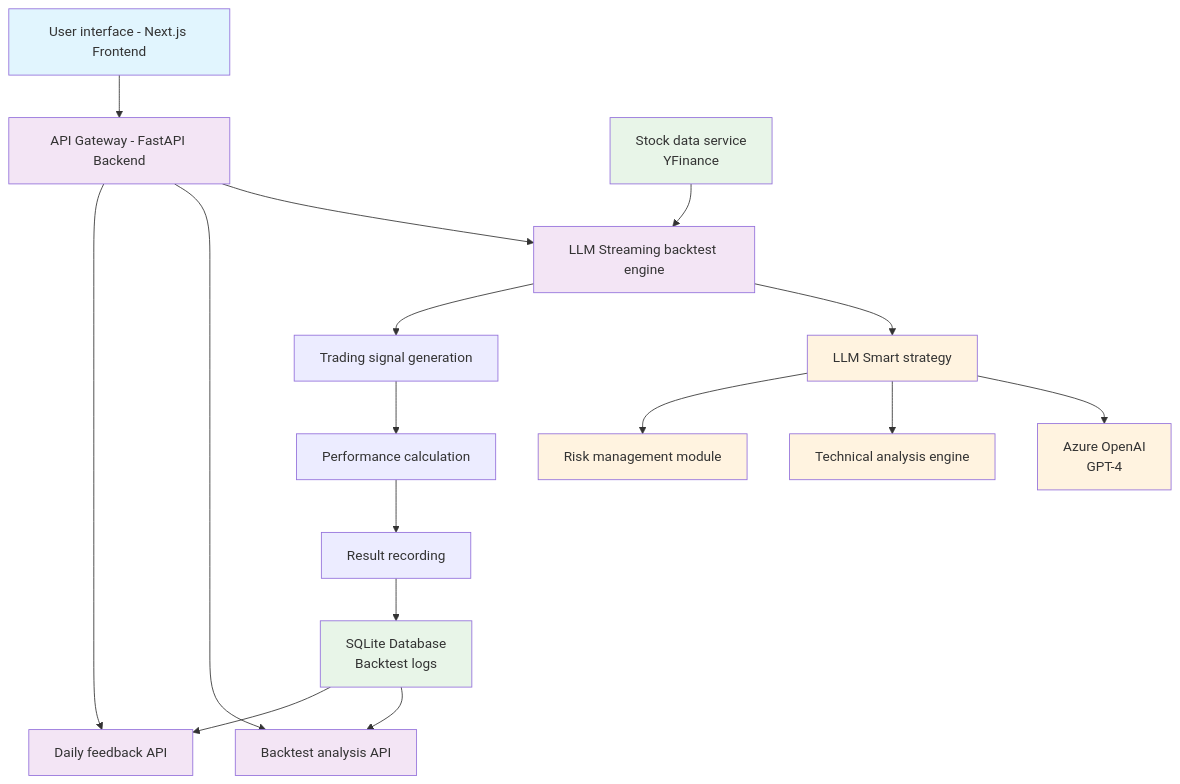
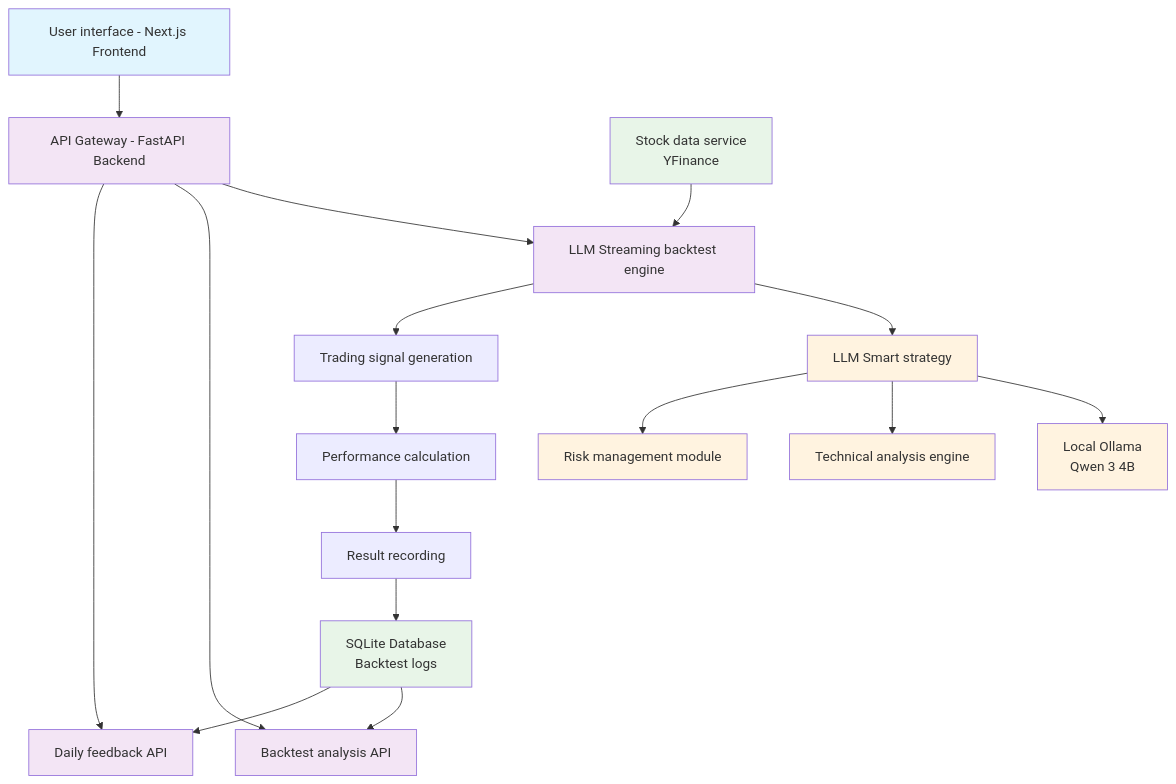
One commit to TomeyGeneralCompany/llm-stock-trader-of-awesomeness changed the first of 6 diagrams in design.md. Above: the diagram before and after it, drawn with Mermaid. The commit also changed other lines of this file and 16 other files, not shown here.

First line of the commit message:
Replace cloud AI integration with local Ollama Qwen 3

````diff
--- a/design.md
+++ b/design.md
@@ -8,39 +8,39 @@
 ```mermaid
 flowchart TD
     %% User interface layer
     A[User interface - Next.js Frontend] --> B[API Gateway - FastAPI Backend]
     
     %% Main functional modules
     B --> C[LLM Streaming backtest engine]
     B --> D[Backtest analysis API]
     B --> E[Daily feedback API]
     
     %% Data layer
     F[Stock data service<br/>YFinance] --> C
     G[SQLite Database<br/>Backtest logs] --> D
     G --> E
     
     %% LLM Strategy engine
     C --> H[LLM Smart strategy]
-    H --> I[Azure OpenAI<br/>GPT-4]
+    H --> I[Local Ollama<br/>Qwen 3 4B]
     H --> J[Technical analysis engine]
     H --> K[Risk management module]
     
     %% Backtest execution flow
     C --> L[Trading signal generation]
     L --> M[Performance calculation]
     M --> N[Result recording]
     N --> G
     
     %% Style definitions
     classDef frontend fill:#e1f5fe
     classDef backend fill:#f3e5f5
     classDef llm fill:#fff3e0
     classDef data fill:#e8f5e8
     classDef tools fill:#fce4ec
     
     class A frontend
     class B,C,D,E backend
     class H,I,J,K llm
     class F,G data
 ```
````
